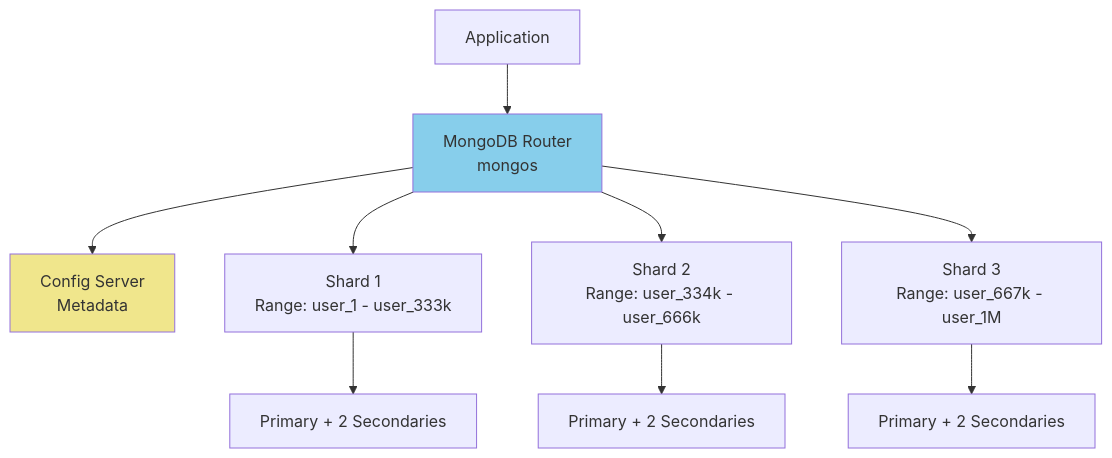
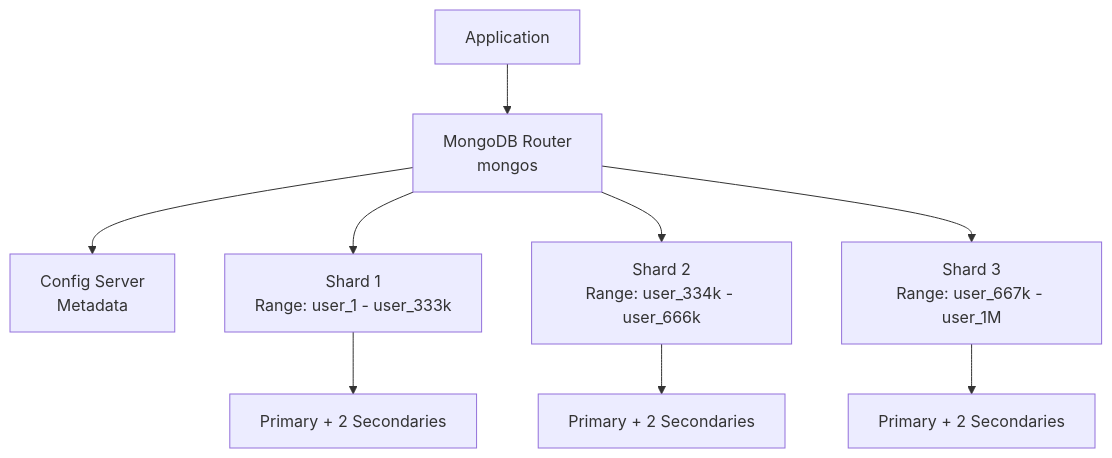
The fourth of 15 diagrams in databases/docs/nosql.md (Ritahchanger/system_design), drawn with Mermaid before and after one commit. The commit also changed other lines of this file and 5 other files, not shown here.

Commit message:
Updated visual diagrams and added readme for database case studies

````diff
--- a/databases/docs/nosql.md
+++ b/databases/docs/nosql.md
@@ -138,16 +137,14 @@
 ```mermaid
 graph TB
     App[Application] --> Router[MongoDB Router<br/>mongos]
     Router --> ConfigServer[Config Server<br/>Metadata]
     
     Router --> Shard1[Shard 1<br/>Range: user_1 - user_333k]
     Router --> Shard2[Shard 2<br/>Range: user_334k - user_666k]
     Router --> Shard3[Shard 3<br/>Range: user_667k - user_1M]
     
     Shard1 --> Replica1[Primary + 2 Secondaries]
     Shard2 --> Replica2[Primary + 2 Secondaries]
     Shard3 --> Replica3[Primary + 2 Secondaries]
     
-    style Router fill:#87CEEB
-    style ConfigServer fill:#F0E68C
 ```
````
